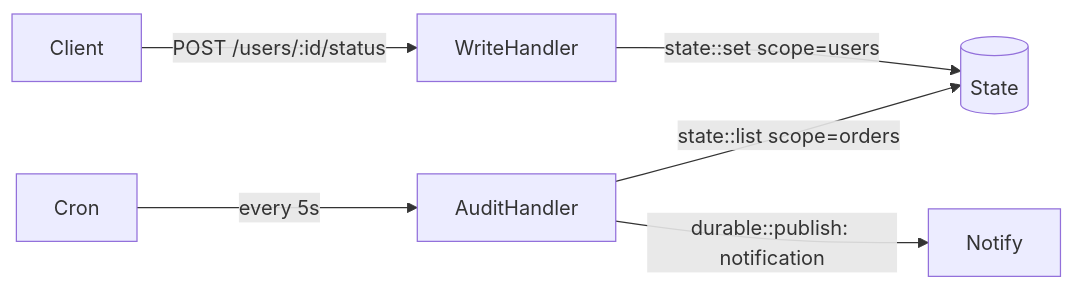
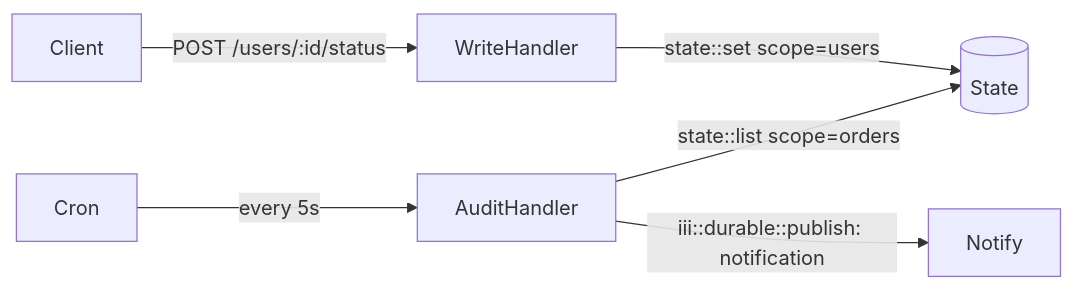
One commit to iii-hq/iii changed the diagram in docs/examples/state-management.mdx. Above: the diagram before and after it, drawn with Mermaid. The commit also changed other lines of this file and 24 other files, not shown here.

First line of the commit message:
refactor: rename durable::publish to iii::durable::publish

````diff
--- a/docs/examples/state-management.mdx
+++ b/docs/examples/state-management.mdx
@@ -8,8 +8,8 @@
 ```mermaid
 graph LR
     Client -->|"POST /users/:id/status"| WriteHandler
     WriteHandler -->|"state::set scope=users"| StateStore[(State)]
     Cron -->|"every 5s"| AuditHandler
     AuditHandler -->|"state::list scope=orders"| StateStore
-    AuditHandler -->|"durable::publish: notification"| Notify
+    AuditHandler -->|"iii::durable::publish: notification"| Notify
 ```
````
